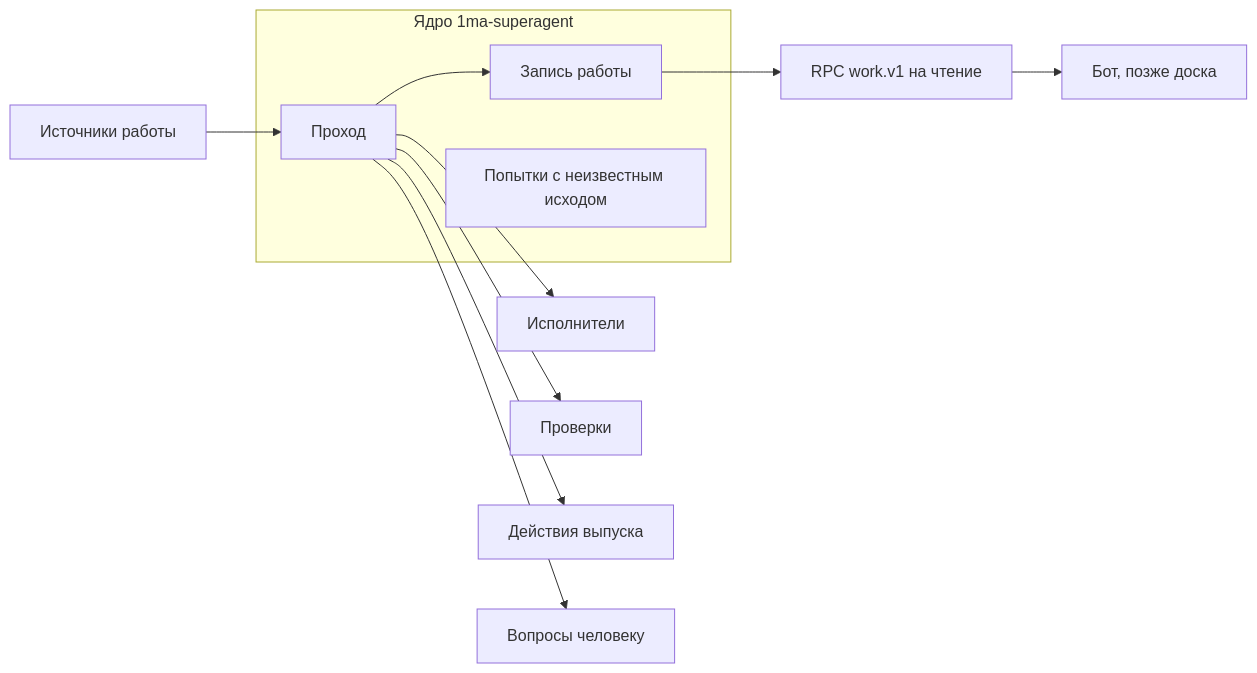
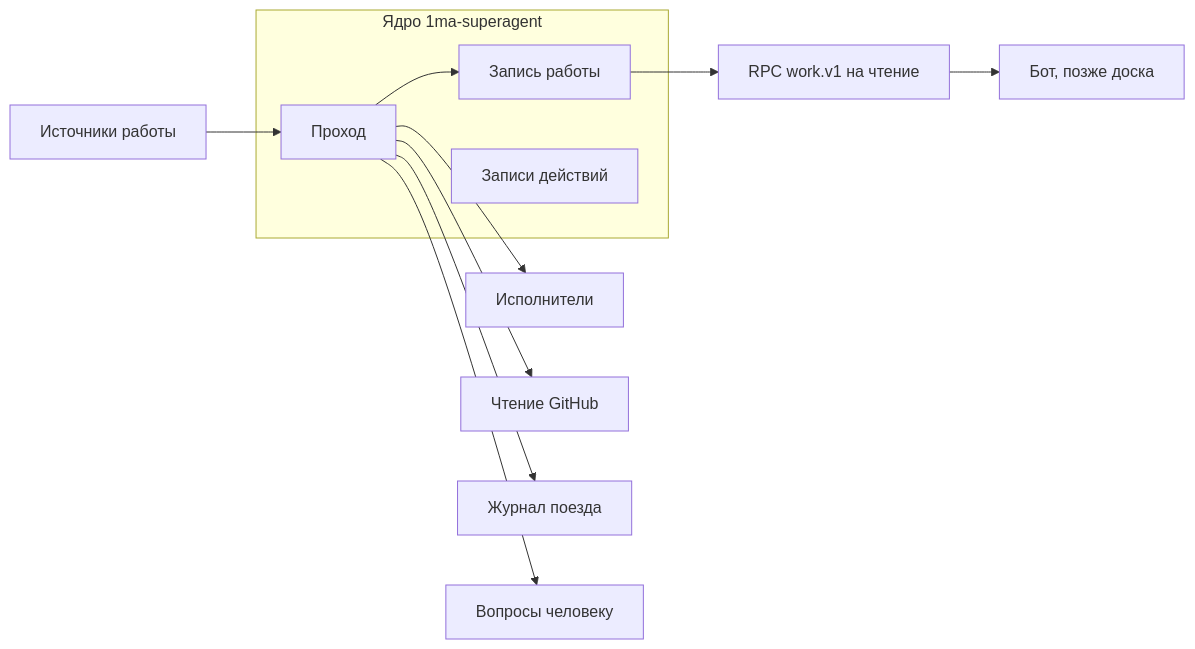
One commit to 1ma-ai/1ma changed the diagram in docs/plan/2026-11-14-superagent-stage-1.md. Above: the diagram before and after it, drawn with Mermaid. The commit also changed other lines of this file and 1 other file, not shown here.

````diff
--- a/docs/plan/2026-11-14-superagent-stage-1.md
+++ b/docs/plan/2026-11-14-superagent-stage-1.md
@@ -27,16 +51,16 @@
 ```mermaid
 flowchart LR
     subgraph Core[Ядро 1ma-superagent]
         Record[Запись работы]
         Pass[Проход]
-        Attempts[Попытки с неизвестным исходом]
+        Actions[Записи действий]
     end
     Sources[Источники работы] --> Pass
     Pass --> Record
     Pass --> Executors[Исполнители]
-    Pass --> Checks[Проверки]
-    Pass --> Release[Действия выпуска]
+    Pass --> GitHub[Чтение GitHub]
+    Pass --> Train[Журнал поезда]
     Pass --> Questions[Вопросы человеку]
     Record --> ReadRpc[RPC work.v1 на чтение]
     ReadRpc --> Views[Бот, позже доска]
 ```
````
